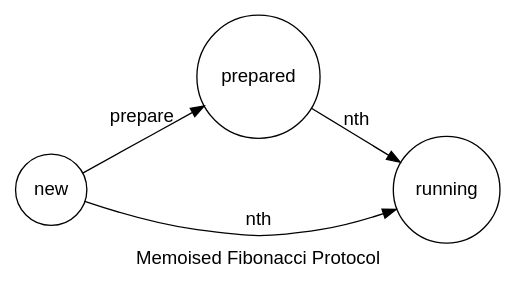
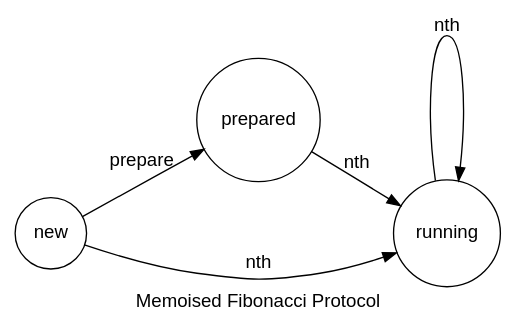
Before and after one commit to hungrybluedev/typestate_v: the diagram in src/case_studies/05_fibonacci/case03_normal/fsm.dot, drawn with Graphviz. The commit also changed 1 other file, not shown here.

```diff
--- a/src/case_studies/05_fibonacci/case03_normal/fsm.dot
+++ b/src/case_studies/05_fibonacci/case03_normal/fsm.dot
@@ -1,12 +1,13 @@
 digraph MemoisedFibonacciProtocol {
 	label="Memoised Fibonacci Protocol";
 	fontname="Helvetica,Arial,sans-serif";
 	node [fontname="Helvetica,Arial,sans-serif"];
 	edge [fontname="Helvetica,Arial,sans-serif"];
 	rankdir=LR;
 	nodesep=1.5;
 	node [shape=circle,size=5];
 	new -> prepared [label="prepare"];
 	new -> running [label="nth"];
 	prepared -> running [label="nth"];
+	running -> running [label="nth"];
 }
```
